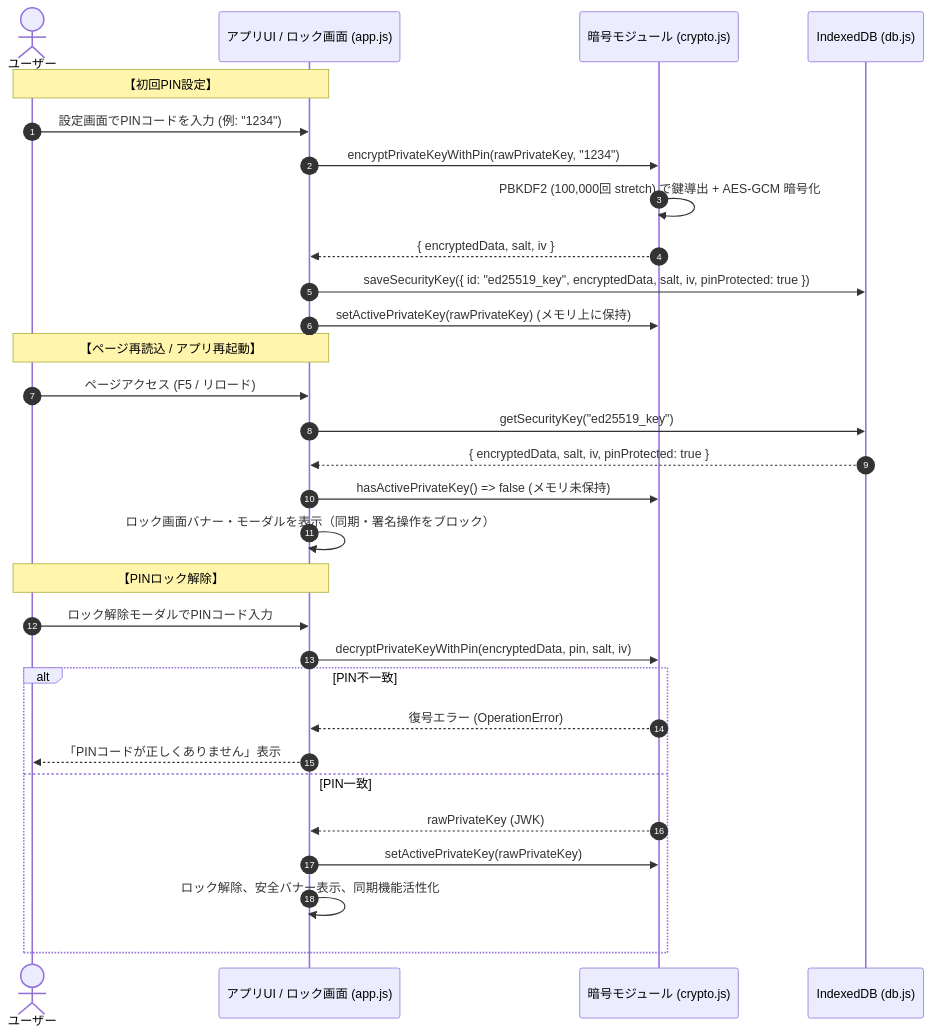
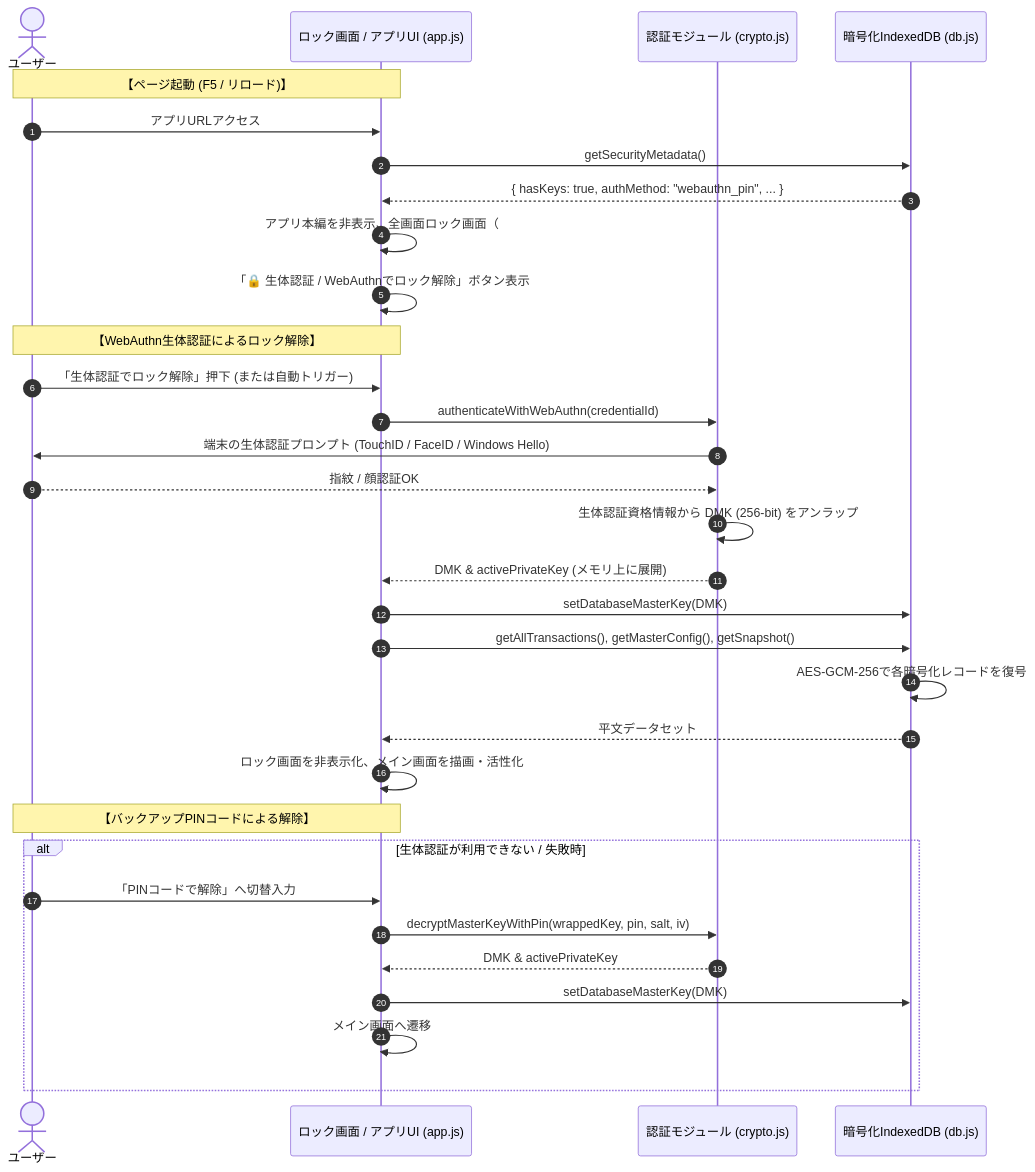
Before and after one commit to tekuteku-life/yose: the eighth of 11 diagrams in docs/system_design.md, drawn with Mermaid. The commit also changed other lines of this file and 16 other files, not shown here.

First line of the commit message:
feat: implement WebAuthn authentication, at-rest AES-GCM encryption, asset consolidation, and UI improvements

````diff
--- a/docs/system_design.md
+++ b/docs/system_design.md
@@ -736,35 +750,37 @@
 ```mermaid
 sequenceDiagram
     autonumber
     actor User as ユーザー
-    participant UI as アプリUI / ロック画面 (app.js)
-    participant Crypto as 暗号モジュール (crypto.js)
-    participant DB as IndexedDB (db.js)
+    participant UI as ロック画面 / アプリUI (app.js)
+    participant Auth as 認証モジュール (crypto.js)
+    participant DB as 暗号化IndexedDB (db.js)
 
-    Note over User, UI: 【初回PIN設定】
-    User->>UI: 設定画面でPINコードを入力 (例: "1234")
-    UI->>Crypto: encryptPrivateKeyWithPin(rawPrivateKey, "1234")
-    Crypto->>Crypto: PBKDF2 (100,000回 stretch) で鍵導出 + AES-GCM 暗号化
-    Crypto-->>UI: { encryptedData, salt, iv }
-    UI->>DB: saveSecurityKey({ id: "ed25519_key", encryptedData, salt, iv, pinProtected: true })
-    UI->>Crypto: setActivePrivateKey(rawPrivateKey) (メモリ上に保持)
+    Note over User, UI: 【ページ起動 (F5 / リロード)】
+    User->>UI: アプリURLアクセス
+    UI->>DB: getSecurityMetadata()
+    DB-->>UI: { hasKeys: true, authMethod: "webauthn_pin", ... }
+    UI->>UI: アプリ本編を非表示、全画面ロック画面（#auth-screen）を表示
+    UI->>UI: 「🔒 生体認証 / WebAuthnでロック解除」ボタン表示
 
-    Note over User, UI: 【ページ再読込 / アプリ再起動】
-    User->>UI: ページアクセス (F5 / リロード)
-    UI->>DB: getSecurityKey("ed25519_key")
-    DB-->>UI: { encryptedData, salt, iv, pinProtected: true }
-    UI->>Crypto: hasActivePrivateKey() => false (メモリ未保持)
-    UI->>UI: ロック画面バナー・モーダルを表示（同期・署名操作をブロック）
+    Note over User, UI: 【WebAuthn生体認証によるロック解除】
+    User->>UI: 「生体認証でロック解除」押下 (または自動トリガー)
+    UI->>Auth: authenticateWithWebAuthn(credentialId)
+    Auth->>User: 端末の生体認証プロンプト (TouchID / FaceID / Windows Hello)
+    User-->>Auth: 指紋 / 顔認証OK
+    Auth->>Auth: 生体認証資格情報から DMK (256-bit) をアンラップ
+    Auth-->>UI: DMK & activePrivateKey (メモリ上に展開)
+    UI->>DB: setDatabaseMasterKey(DMK)
+    UI->>DB: getAllTransactions(), getMasterConfig(), getSnapshot()
+    DB->>DB: AES-GCM-256で各暗号化レコードを復号
+    DB-->>UI: 平文データセット
+    UI->>UI: ロック画面を非表示化、メイン画面を描画・活性化
 
-    Note over User, UI: 【PINロック解除】
-    User->>UI: ロック解除モーダルでPINコード入力
-    UI->>Crypto: decryptPrivateKeyWithPin(encryptedData, pin, salt, iv)
-    alt PIN不一致
-        Crypto-->>UI: 復号エラー (OperationError)
-        UI-->>User: 「PINコードが正しくありません」表示
-    else PIN一致
-        Crypto-->>UI: rawPrivateKey (JWK)
-        UI->>Crypto: setActivePrivateKey(rawPrivateKey)
-        UI->>UI: ロック解除、安全バナー表示、同期機能活性化
+    Note over User, UI: 【バックアップPINコードによる解除】
+    alt 生体認証が利用できない / 失敗時
+        User->>UI: 「PINコードで解除」へ切替入力
+        UI->>Auth: decryptMasterKeyWithPin(wrappedKey, pin, salt, iv)
+        Auth-->>UI: DMK & activePrivateKey
+        UI->>DB: setDatabaseMasterKey(DMK)
+        UI->>UI: メイン画面へ遷移
     end
 ```
````
